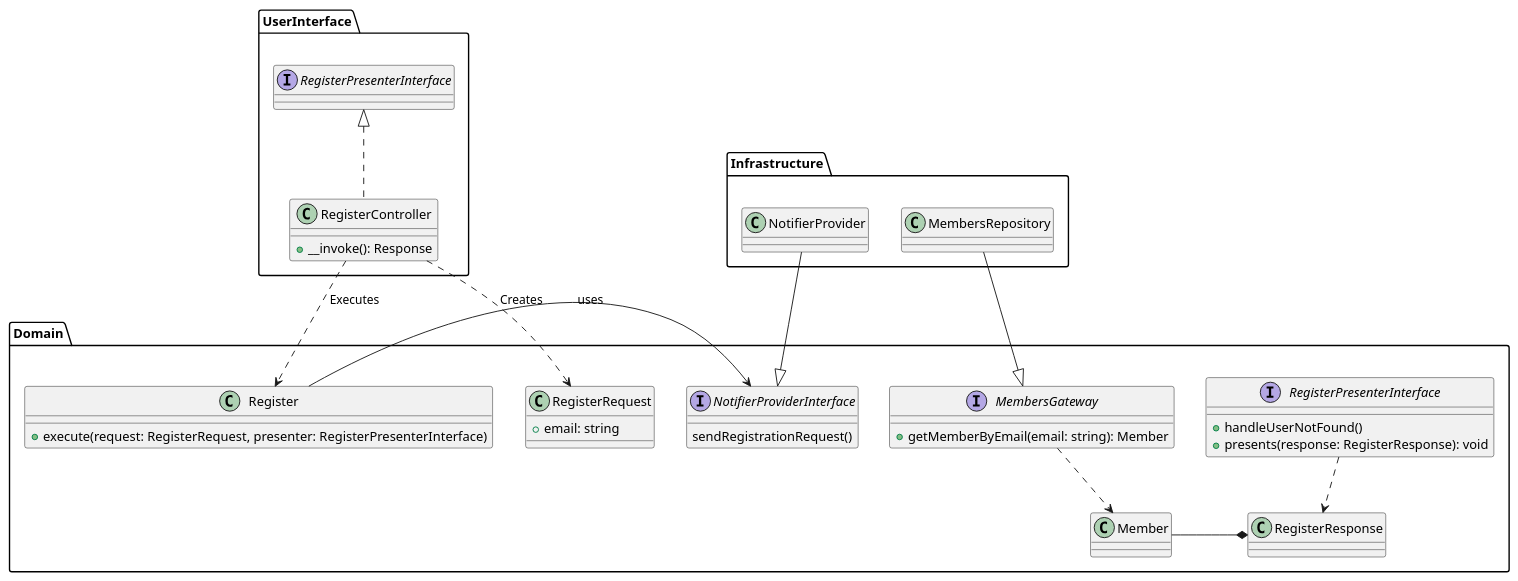
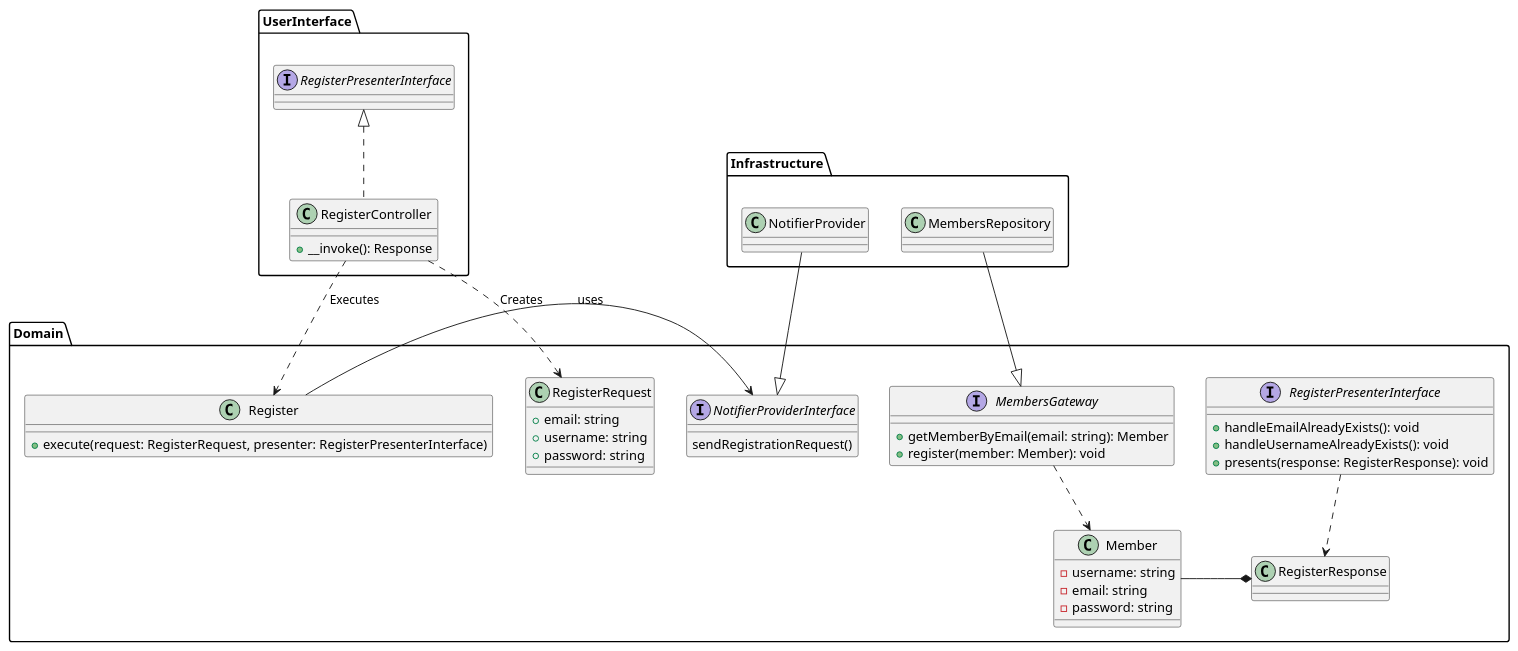
The diagram in doc/diagramms/classes/security/register.puml (AlexandreGerault/snowtricks), drawn with PlantUML before and after one commit. The commit also changed 2 other files, not shown here.

Commit message:
feat(security): add uml diagramms

```diff
--- a/doc/diagramms/classes/security/register.puml
+++ b/doc/diagramms/classes/security/register.puml
@@ -1,56 +1,64 @@
 @startuml
 'https://plantuml.com/class-diagram
 
 package Domain {
     class Register {
         + execute(request: RegisterRequest, presenter: RegisterPresenterInterface)
     }
 
     class RegisterRequest {
         + email: string
+        + username: string
+        + password: string
     }
 
     class RegisterResponse {}
 
     interface RegisterPresenterInterface {
-        +handleUserNotFound()
+        +handleEmailAlreadyExists(): void
+        +handleUsernameAlreadyExists(): void
         +presents(response: RegisterResponse): void
     }
 
     interface MembersGateway {
         + getMemberByEmail(email: string): Member
+        + register(member: Member): void
     }
 
-    class Member {}
+    class Member {
+        - username: string
+        - email: string
+        - password: string
+    }
 
     Member -* RegisterResponse
 
     RegisterPresenterInterface ..> RegisterResponse
     MembersGateway ..> Member
 
     interface NotifierProviderInterface {
         sendRegistrationRequest()
     }
 }
 
 package UserInterface {
     class RegisterController implements RegisterPresenterInterface {
         + __invoke(): Response
     }
 
     RegisterController ..> Register: Executes
     RegisterController ..> RegisterRequest: Creates
 }
 
 package Infrastructure {
 
     class NotifierProvider {}
     class MembersRepository {
     }
 }
 
 NotifierProvider --|> NotifierProviderInterface
 Register -> NotifierProviderInterface: uses
 MembersRepository --|> MembersGateway
 
 @enduml
```
